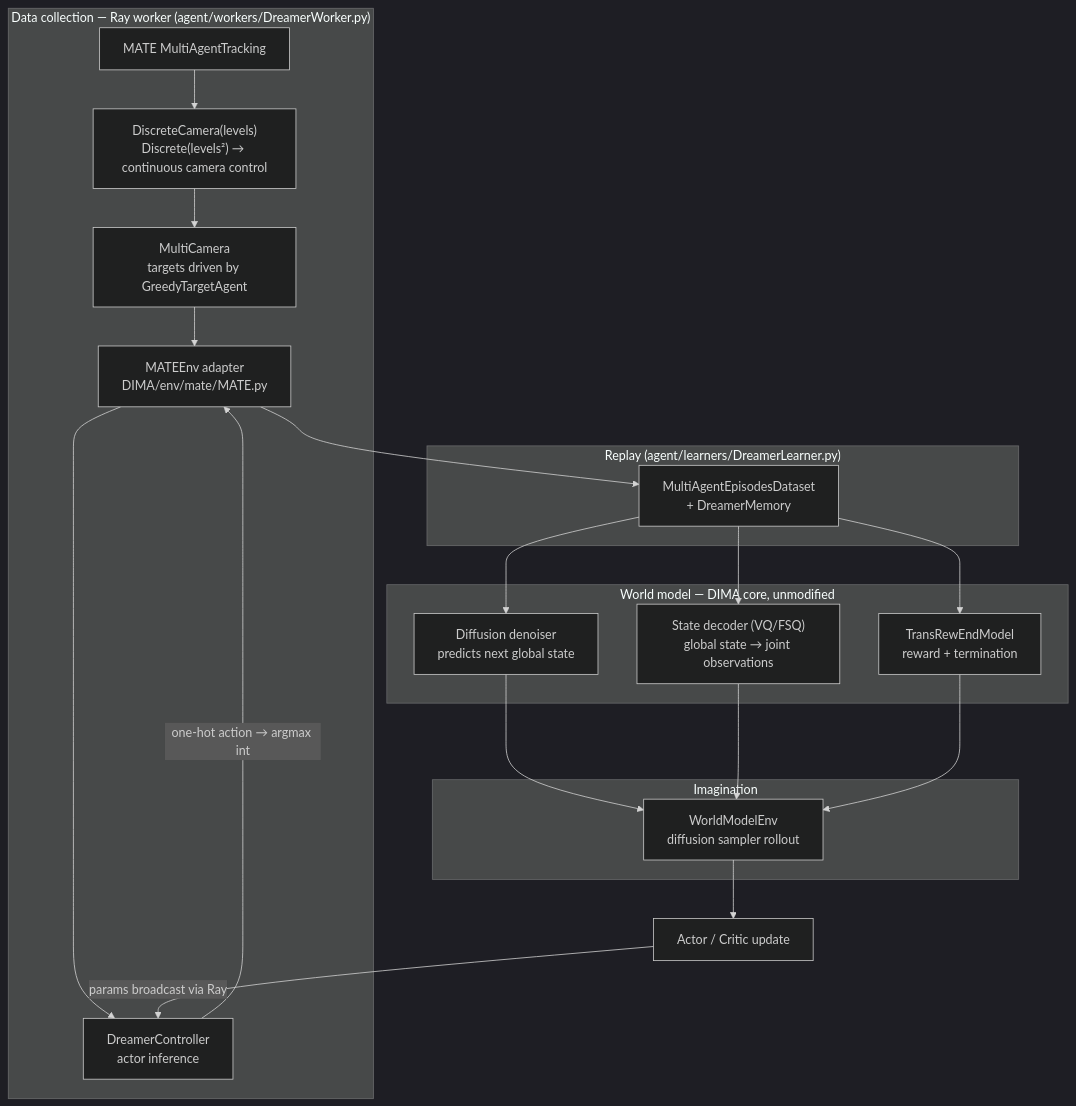
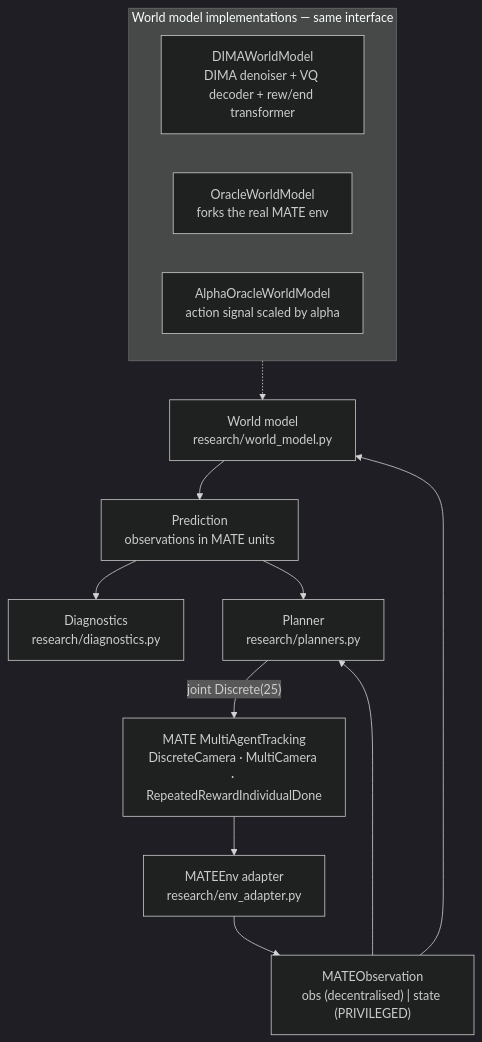
The diagram in README.md (Peckaaaa/Diffusion-inspired-Multi-Agent-on-MATE), drawn with Mermaid (dark theme) before and after one commit. The commit also changed other lines of this file and 23 other files, not shown here.

First line of the commit message:
Add the DIMA x MATE research layer

````diff
--- a/README.md
+++ b/README.md
@@ -63,36 +26,22 @@
 ```mermaid
 flowchart TD
-    subgraph rollout["Data collection — Ray worker (agent/workers/DreamerWorker.py)"]
-        ENV["MATE MultiAgentTracking"]
-        DC["DiscreteCamera(levels)<br/>Discrete(levels²) → continuous camera control"]
-        MC["MultiCamera<br/>targets driven by GreedyTargetAgent"]
-        AD["MATEEnv adapter<br/>DIMA/env/mate/MATE.py"]
-        CTRL["DreamerController<br/>actor inference"]
-        ENV --> DC --> MC --> AD --> CTRL
-        CTRL -->|"one-hot action → argmax int"| AD
+    ENV["MATE MultiAgentTracking<br/>DiscreteCamera · MultiCamera · RepeatedRewardIndividualDone"]
+    AD["MATEEnv adapter<br/>research/env_adapter.py"]
+    OBS["MATEObservation<br/>obs (decentralised) | state (PRIVILEGED)"]
+    WM["World model<br/>research/world_model.py"]
+    PRED["Prediction<br/>observations in MATE units"]
+    DIAG["Diagnostics<br/>research/diagnostics.py"]
+    PLAN["Planner<br/>research/planners.py"]
+
+    ENV --> AD --> OBS --> WM --> PRED --> DIAG
+    PRED --> PLAN
+    OBS --> PLAN
+    PLAN -->|"joint Discrete(25)"| ENV
+
+    subgraph models["World model implementations — same interface"]
+        DIMA["DIMAWorldModel<br/>DIMA denoiser + VQ decoder + rew/end transformer"]
+        ORACLE["OracleWorldModel<br/>forks the real MATE env"]
+        ALPHA["AlphaOracleWorldModel<br/>action signal scaled by alpha"]
     end
-
-    AD --> BUF
-    subgraph buffers["Replay (agent/learners/DreamerLearner.py)"]
-        BUF["MultiAgentEpisodesDataset<br/>+ DreamerMemory"]
-    end
-
-    subgraph wm["World model — DIMA core, unmodified"]
-        DEC["State decoder (VQ/FSQ)<br/>global state → joint observations"]
-        DEN["Diffusion denoiser<br/>predicts next global state"]
-        RE["TransRewEndModel<br/>reward + termination"]
-        BUF --> DEC
-        BUF --> DEN
-        BUF --> RE
-    end
-
-    subgraph imag["Imagination"]
-        WME["WorldModelEnv<br/>diffusion sampler rollout"]
-        DEN --> WME
-        DEC --> WME
-        RE --> WME
-    end
-
-    WME --> AC["Actor / Critic update"]
-    AC -->|"params broadcast via Ray"| CTRL
+    models -.-> WM
 ```
````
